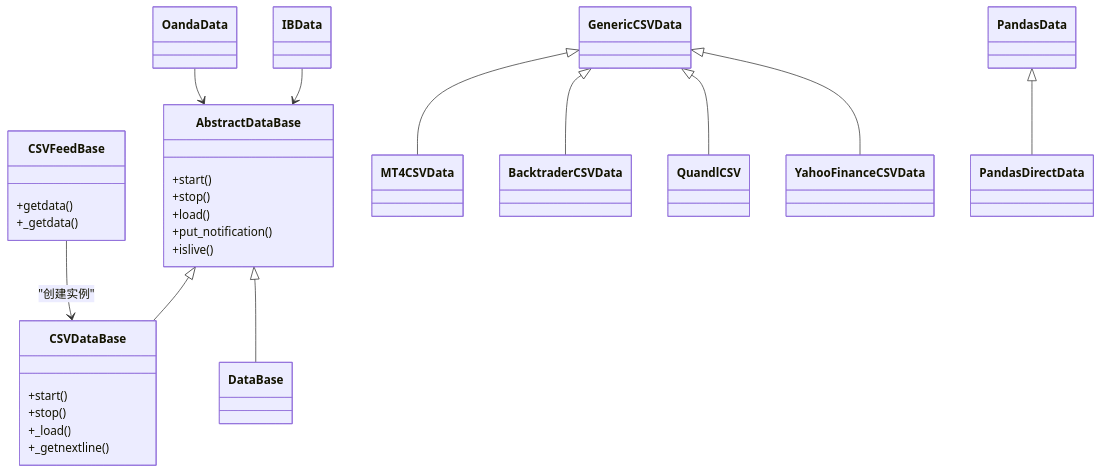
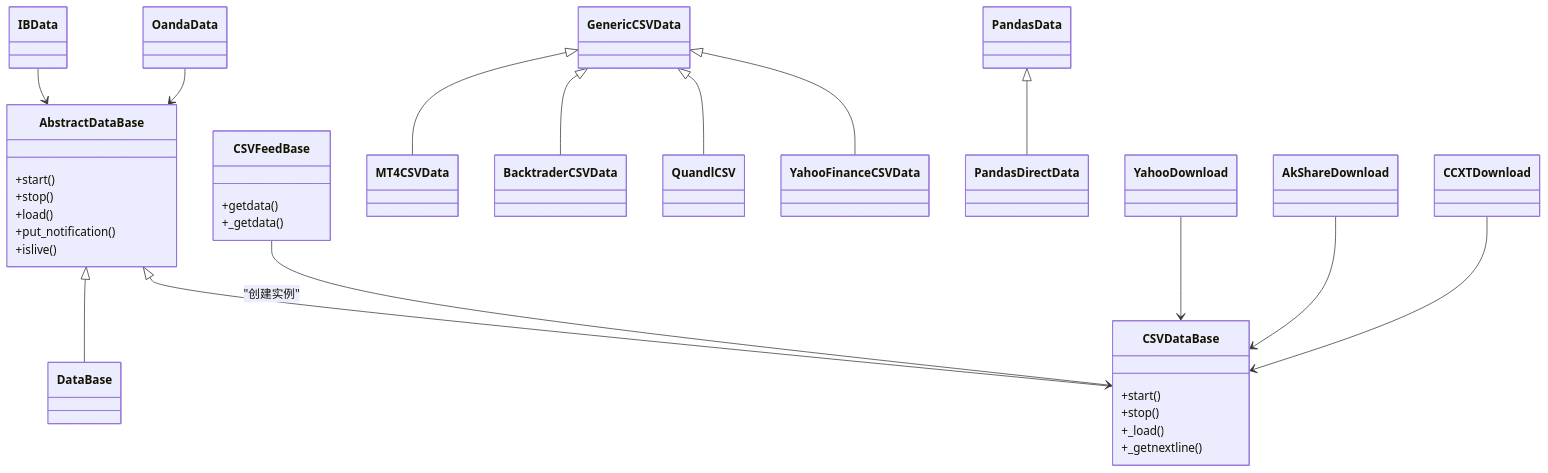
Before and after one commit to bench-prog/backtrader: the third of 5 diagrams in .qoder/repowiki/zh/content/数据集成/内置数据源详解/内置数据源详解.md, drawn with Mermaid. The commit also changed other lines of this file and 40 other files, not shown here.

````diff
--- a/.qoder/repowiki/zh/content/数据集成/内置数据源详解/内置数据源详解.md
+++ b/.qoder/repowiki/zh/content/数据集成/内置数据源详解/内置数据源详解.md
@@ -261,40 +409,46 @@
 ```mermaid
 classDiagram
 class AbstractDataBase {
 +start()
 +stop()
 +load()
 +put_notification()
 +islive()
 }
 class CSVDataBase {
 +start()
 +stop()
 +_load()
 +_getnextline()
 }
 class CSVFeedBase {
 +getdata()
 +_getdata()
 }
 class DataBase
 class GenericCSVData
 class MT4CSVData
 class BacktraderCSVData
 class QuandlCSV
 class YahooFinanceCSVData
 class PandasData
 class PandasDirectData
 class IBData
 class OandaData
+class YahooDownload
+class AkShareDownload
+class CCXTDownload
 AbstractDataBase <|-- CSVDataBase
 AbstractDataBase <|-- DataBase
 CSVFeedBase --> CSVDataBase : "创建实例"
 GenericCSVData <|-- MT4CSVData
 GenericCSVData <|-- BacktraderCSVData
 GenericCSVData <|-- YahooFinanceCSVData
 GenericCSVData <|-- QuandlCSV
 PandasData <|-- PandasDirectData
 IBData --> AbstractDataBase
 OandaData --> AbstractDataBase
+YahooDownload --> CSVDataBase
+AkShareDownload --> CSVDataBase
+CCXTDownload --> CSVDataBase
 ```
````
